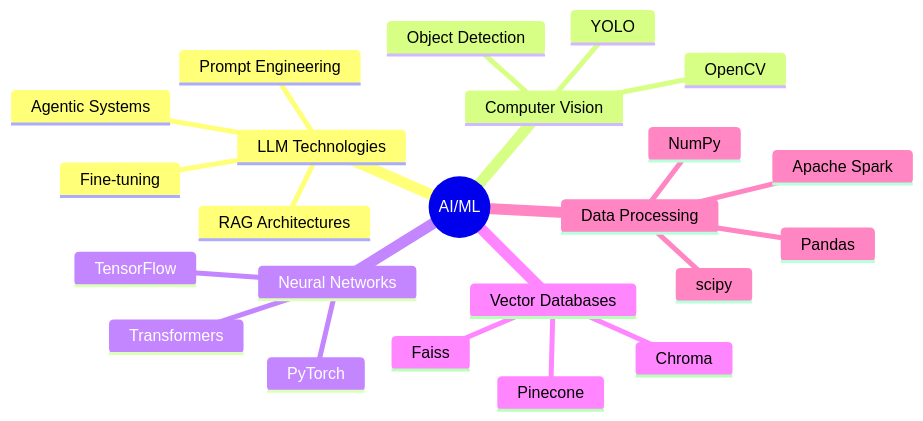
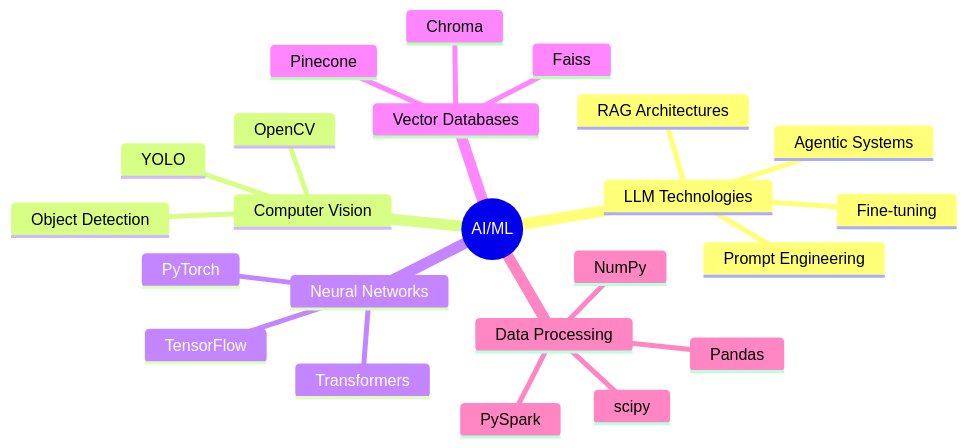
Before and after one commit to Sa1f27/Sa1f27: the diagram in README.md, drawn with Mermaid.

````diff
--- a/README.md
+++ b/README.md
@@ -37,26 +37,26 @@
   ```mermaid
   mindmap
     root((AI/ML))
       LLM Technologies
         RAG Architectures
         Fine-tuning
         Prompt Engineering
         Agentic Systems
       Computer Vision
         Object Detection
         YOLO
         OpenCV
       Neural Networks
         TensorFlow
         PyTorch
         Transformers
       Vector Databases
         Pinecone
         Chroma
         Faiss
       Data Processing
         Pandas
         scipy
         NumPy
-        Apache Spark
+        PySpark
   ```
````
